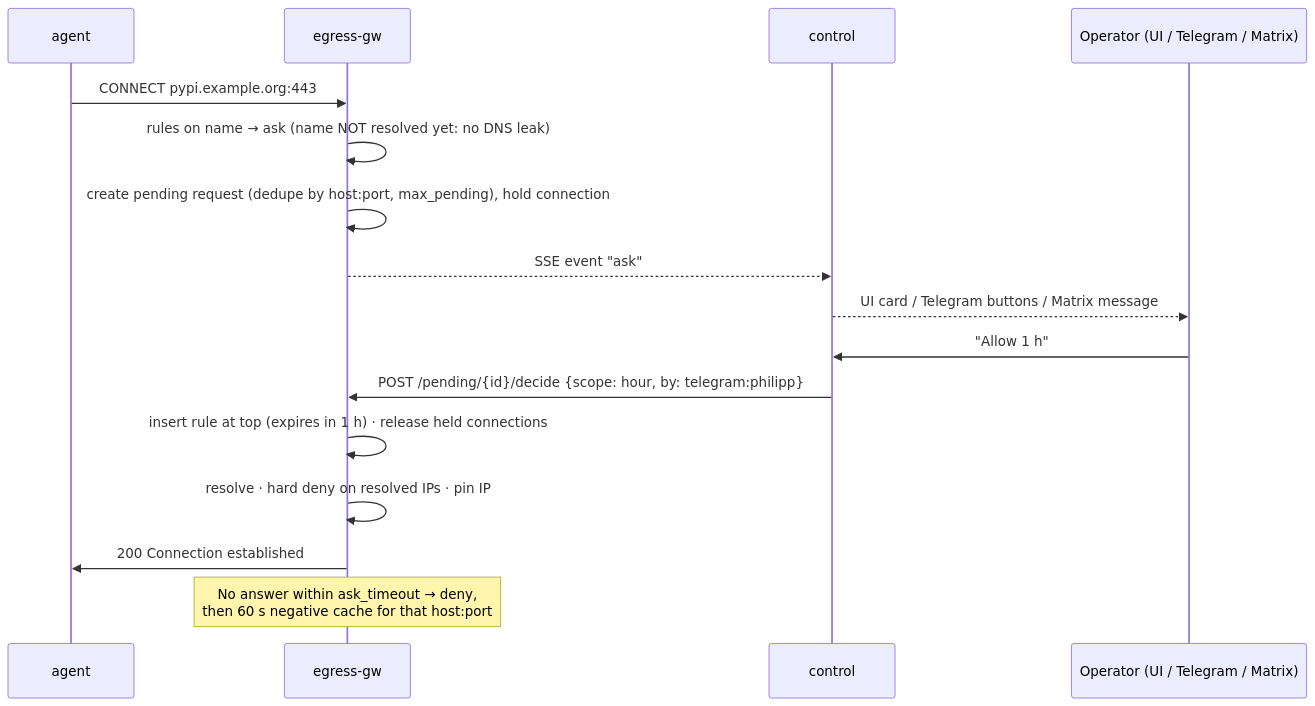
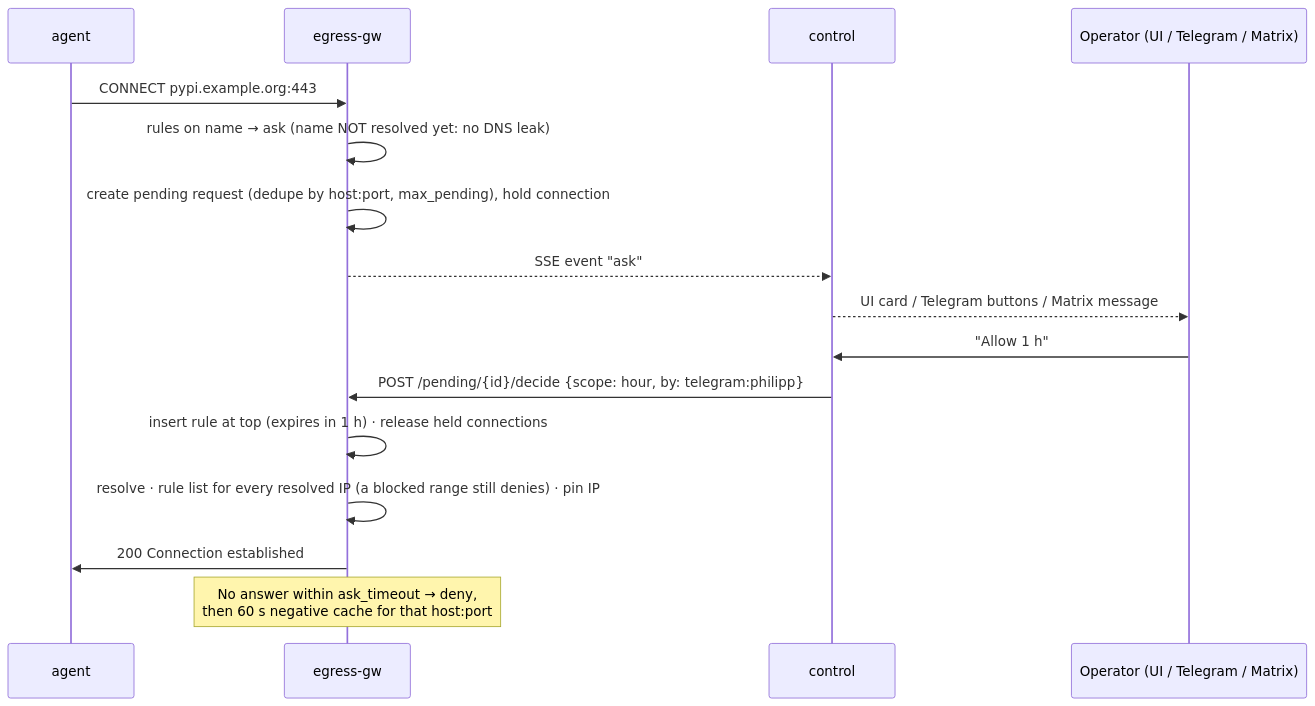
Before and after one commit to PhilippMundhenk/tallygate: the fourth of 6 diagrams in docs/architecture.md, drawn with Mermaid. The commit also changed other lines of this file and 13 other files, not shown here.

First line of the commit message:
Architecture, ADR status notes, security review note, changelog annotations (#208)

````diff
--- a/docs/architecture.md
+++ b/docs/architecture.md
@@ -139,18 +140,18 @@
 ```mermaid
 sequenceDiagram
     participant A as agent
     participant G as egress-gw
     participant C as control
     participant H as Operator (UI / Telegram / Matrix)
     A->>G: CONNECT pypi.example.org:443
     G->>G: rules on name → ask (name NOT resolved yet: no DNS leak)
     G->>G: create pending request (dedupe by host:port, max_pending), hold connection
     G-->>C: SSE event "ask"
     C-->>H: UI card / Telegram buttons / Matrix message
     H->>C: "Allow 1 h"
     C->>G: POST /pending/{id}/decide {scope: hour, by: telegram:philipp}
     G->>G: insert rule at top (expires in 1 h) · release held connections
-    G->>G: resolve · hard deny on resolved IPs · pin IP
+    G->>G: resolve · rule list for every resolved IP (a blocked range still denies) · pin IP
     G->>A: 200 Connection established
     Note over G: No answer within ask_timeout → deny,<br/>then 60 s negative cache for that host:port
 ```
````
